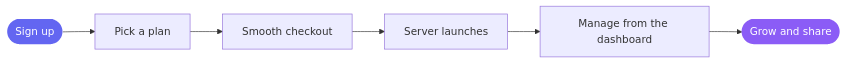
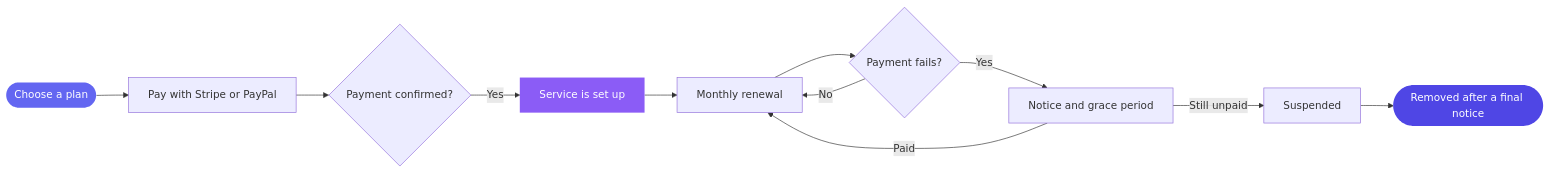
The second of 2 diagrams in README.md (Zenix-Developers/ZenixDash-Showcase), drawn with Mermaid before and after one commit. The commit also changed other lines of this file and 1 other file, not shown here.

Commit message:
Rewrite the ZenixDash showcase for v4.7.0: current features from the code, accurate release timeline

````diff
--- a/README.md
+++ b/README.md
@@ -131,10 +102,16 @@
 ```mermaid
 flowchart LR
-    A([Sign up]) --> B[Pick a plan]
-    B --> C[Smooth checkout]
-    C --> D[Server launches]
-    D --> E[Manage from the dashboard]
-    E --> F([Grow and share])
+    A([Choose a plan]) --> B[Pay with Stripe or PayPal]
+    B --> C{Payment confirmed?}
+    C -- Yes --> D[Service is set up]
+    D --> E[Monthly renewal]
+    E --> F{Payment fails?}
+    F -- No --> E
+    F -- Yes --> G[Notice and grace period]
+    G -- Paid --> E
+    G -- Still unpaid --> H[Suspended]
+    H --> I([Removed after a final notice])
     style A fill:#6366f1,color:#fff,stroke:none
-    style F fill:#8b5cf6,color:#fff,stroke:none
+    style D fill:#8b5cf6,color:#fff,stroke:none
+    style I fill:#4f46e5,color:#fff,stroke:none
 ```
````
